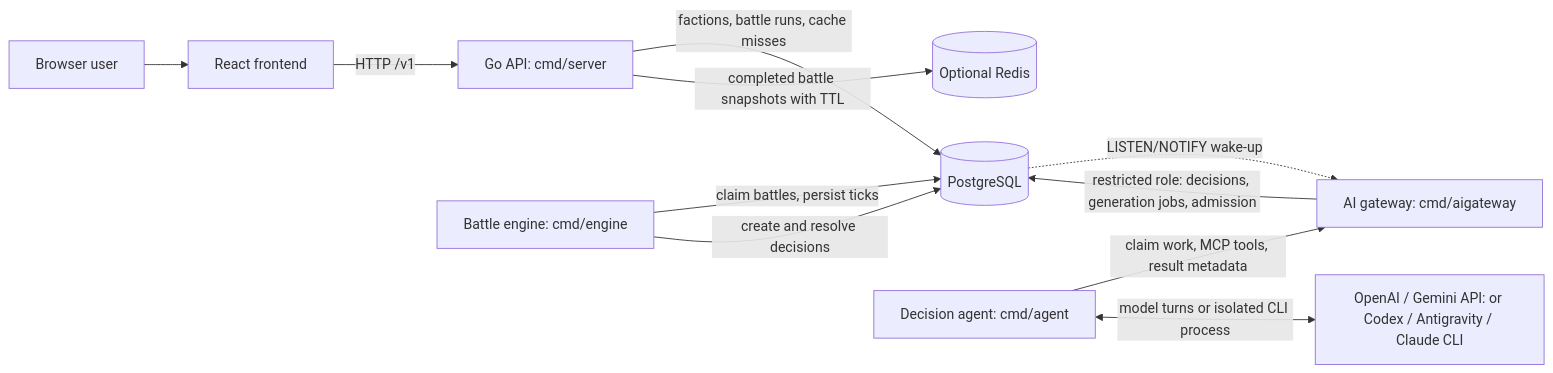
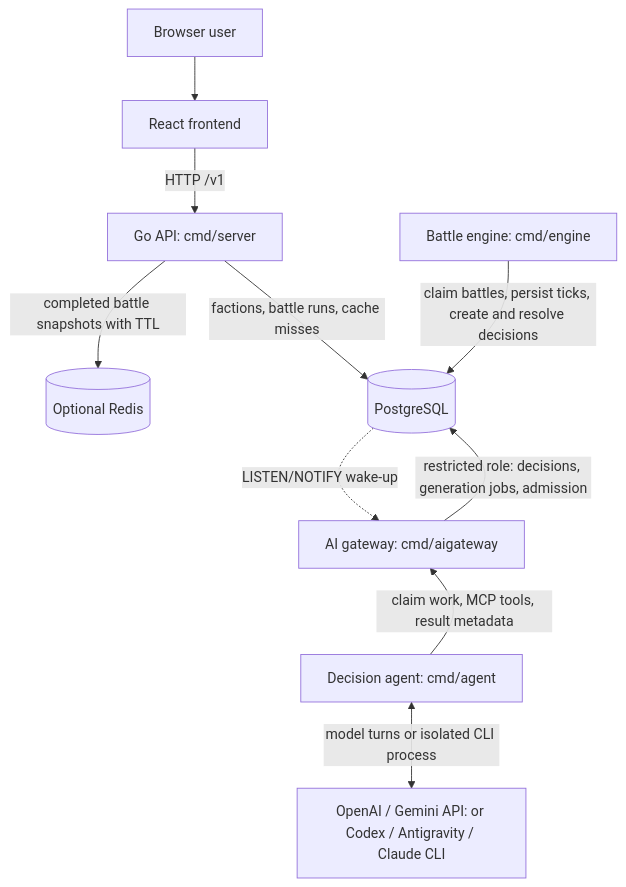
One commit to twhAuto/autonomous_battlefield changed the first of 3 diagrams in docs/architecture/system-architecture.md. Above: the diagram before and after it, drawn with Mermaid.

Commit message:
AB-144: lay out the system context diagram top to bottom
The left-to-right layout produced a very wide, short diagram that was hard
to read in the Markdown preview. Render it top to bottom, merge the engine's
two parallel PostgreSQL edges whose labels overlapped, and add an invisible
link so the decision agent sits below the AI gateway.

````diff
--- a/docs/architecture/system-architecture.md
+++ b/docs/architecture/system-architecture.md
@@ -38,23 +38,23 @@
 ```mermaid
-flowchart LR
+flowchart TB
     User[Browser user]
     UI[React frontend]
     API["Go API: cmd/server"]
     Engine["Battle engine: cmd/engine"]
     DB[(PostgreSQL)]
     Cache[(Optional Redis)]
     Gateway["AI gateway: cmd/aigateway"]
     Agent["Decision agent: cmd/agent"]
     Provider["OpenAI / Gemini API: or Codex / Antigravity / Claude CLI"]
 
     User --> UI
     UI -->|HTTP /v1| API
+    API -->|completed battle snapshots with TTL| Cache
     API -->|factions, battle runs, cache misses| DB
-    API -->|completed battle snapshots with TTL| Cache
-    Engine -->|claim battles, persist ticks| DB
-    Engine -->|create and resolve decisions| DB
+    Engine -->|claim battles, persist ticks, create and resolve decisions| DB
     DB -.->|LISTEN/NOTIFY wake-up| Gateway
+    Gateway -->|restricted role: decisions, generation jobs, admission| DB
+    Gateway ~~~ Agent
     Agent -->|claim work, MCP tools, result metadata| Gateway
     Agent <-->|model turns or isolated CLI process| Provider
-    Gateway -->|restricted role: decisions, generation jobs, admission| DB
 ```
````
